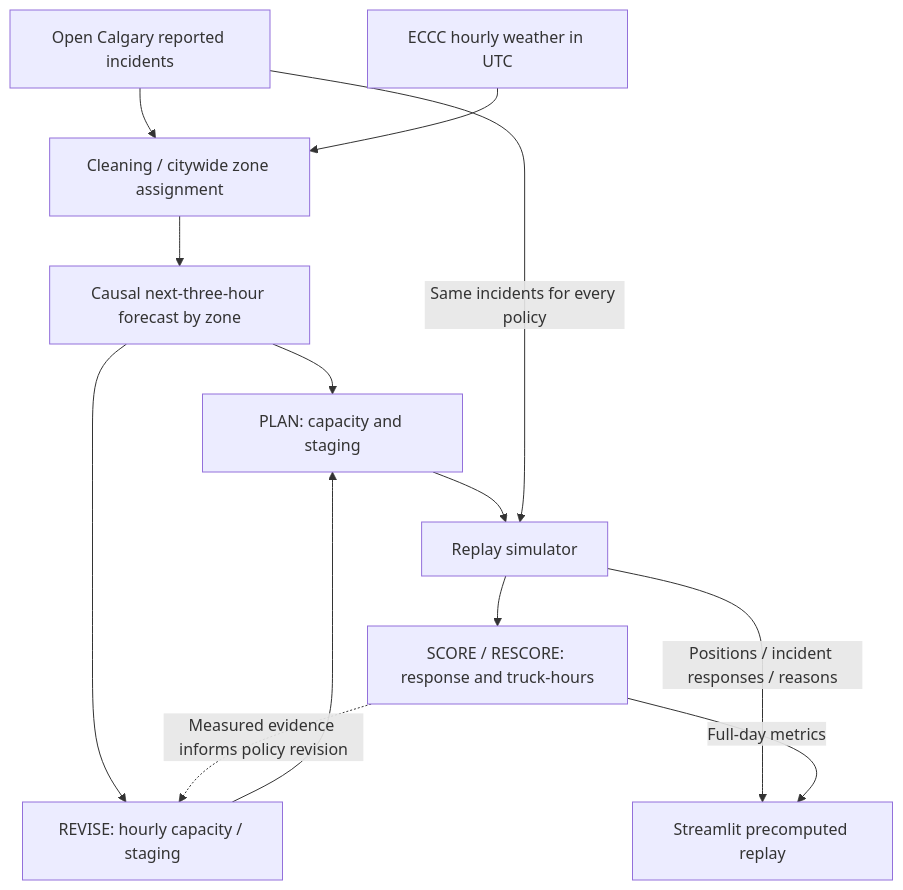
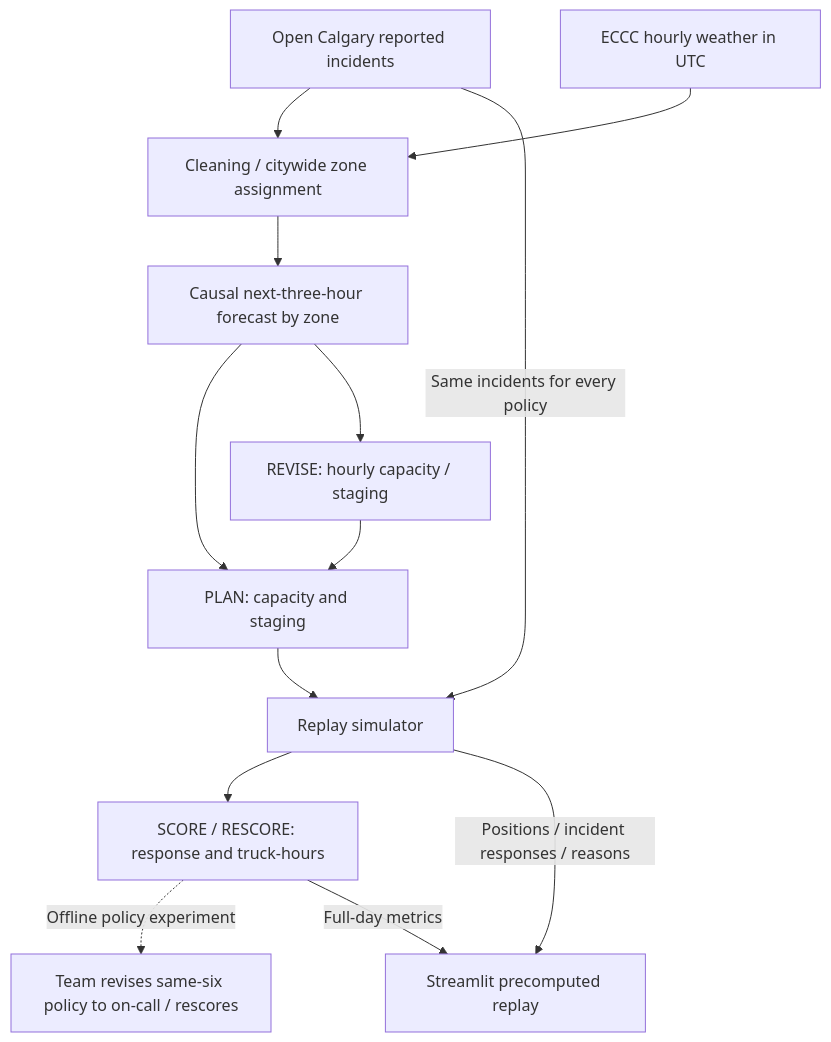
The diagram in docs/architecture-spec.md (Drakooz/Stormstage), drawn with Mermaid before and after one commit. The commit also changed other lines of this file and 8 other files, not shown here.

Commit message:
Align demo, architecture, and submission docs with the final dashboard

````diff
--- a/docs/architecture-spec.md
+++ b/docs/architecture-spec.md
@@ -9,15 +9,15 @@
 ```mermaid
 flowchart TD
     I[Open Calgary reported incidents] --> D[Cleaning / citywide zone assignment]
     W[ECCC hourly weather in UTC] --> D
     D --> F[Causal next-three-hour forecast by zone]
     F --> P[PLAN: capacity and staging]
     F --> V[REVISE: hourly capacity / staging]
     V --> P
     P --> R[Replay simulator]
     I -->|Same incidents for every policy| R
     R --> M[SCORE / RESCORE: response and truck-hours]
-    M -.->|Measured evidence informs policy revision| V
+    M -.->|Offline policy experiment| E[Team revises same-six policy to on-call / rescores]
     R -->|Positions / incident responses / reasons| S[Streamlit precomputed replay]
     M -->|Full-day metrics| S
 ```
````
